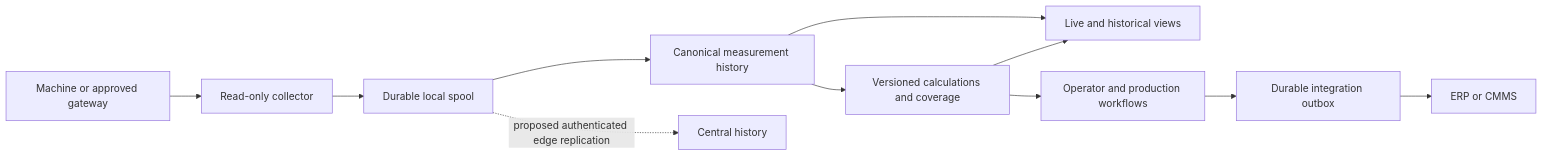
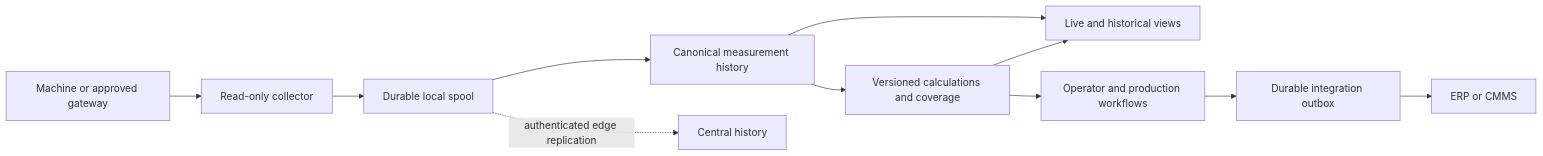
One commit to Sparkz400/performance_dashboard changed the diagram in docs/ROADMAP.md. Above: the diagram before and after it, drawn with Mermaid. The commit also changed other lines of this file and 19 other files, not shown here.

````diff
--- a/docs/ROADMAP.md
+++ b/docs/ROADMAP.md
@@ -136,13 +136,13 @@
 ```mermaid
 flowchart LR
   M[Machine or approved gateway] --> C[Read-only collector]
   C --> S[Durable local spool]
   S --> H[Canonical measurement history]
   H --> K[Versioned calculations and coverage]
   H --> V[Live and historical views]
   K --> V
   K --> O[Operator and production workflows]
   O --> B[Durable integration outbox]
   B --> E[ERP or CMMS]
-  S -. proposed authenticated edge replication .-> Z[Central history]
+  S -. authenticated edge replication .-> Z[Central history]
 ```
````
